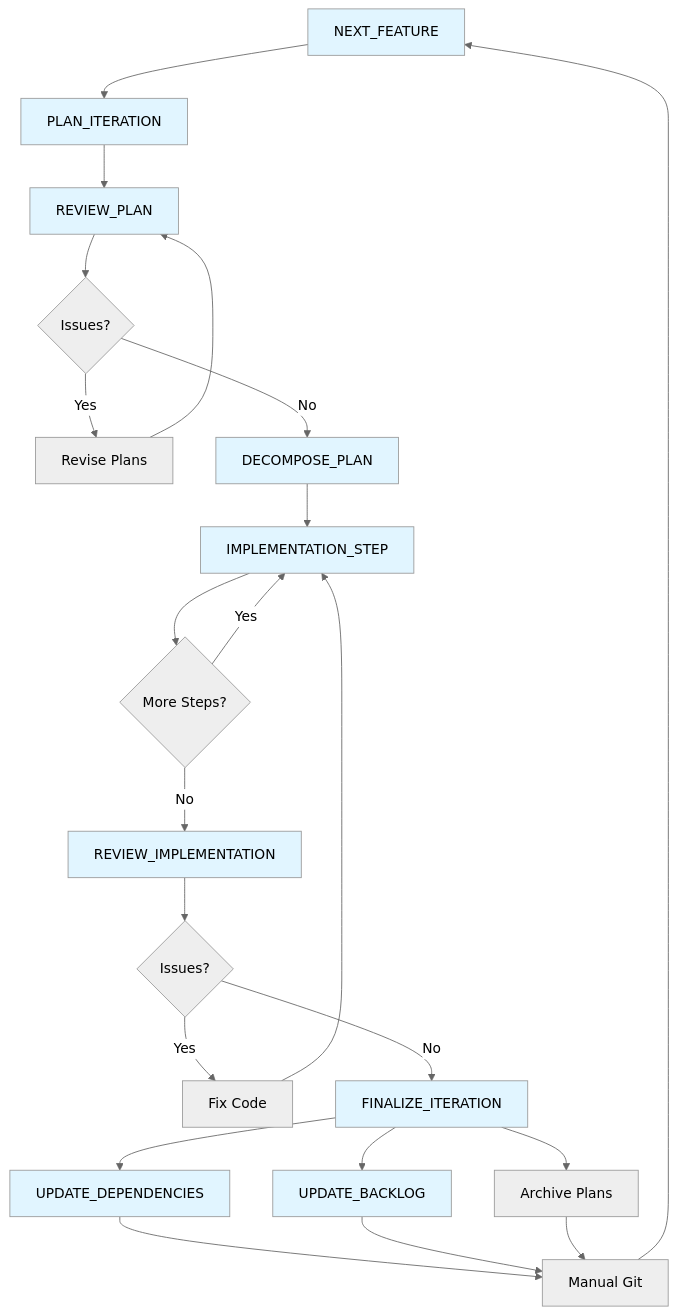
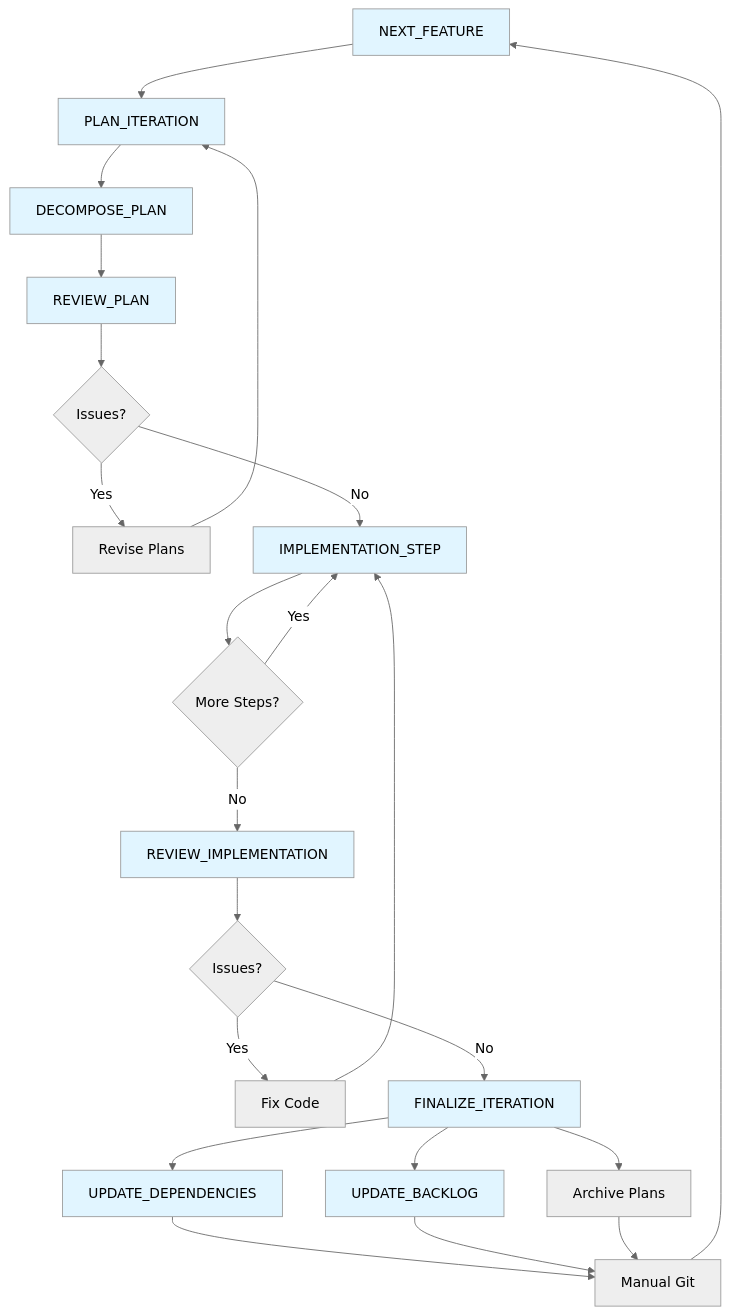
Before and after one commit to EvanLavender13/FrogLords: the diagram in TASKS/WORKFLOW.md, drawn with Mermaid (neutral theme). The commit also changed 5 other files, not shown here.

````diff
--- a/TASKS/WORKFLOW.md
+++ b/TASKS/WORKFLOW.md
@@ -5,34 +5,34 @@
 ```mermaid
 graph TD
     A[NEXT_FEATURE] --> B[PLAN_ITERATION]
-    B --> C[REVIEW_PLAN]
-    C --> D{Issues?}
-    D -->|Yes| E[Revise Plans]
-    E --> C
-    D -->|No| F[DECOMPOSE_PLAN]
-    F --> G[IMPLEMENTATION_STEP]
+    B --> C[DECOMPOSE_PLAN]
+    C --> D[REVIEW_PLAN]
+    D --> E{Issues?}
+    E -->|Yes| F[Revise Plans]
+    F --> B
+    E -->|No| G[IMPLEMENTATION_STEP]
     G --> H{More Steps?}
     H -->|Yes| G
     H -->|No| I[REVIEW_IMPLEMENTATION]
     I --> J{Issues?}
     J -->|Yes| K[Fix Code]
     K --> G
     J -->|No| L[FINALIZE_ITERATION]
     L --> M[UPDATE_DEPENDENCIES]
     L --> N[UPDATE_BACKLOG]
     L --> O[Archive Plans]
     M --> P[Manual Git]
     N --> P
     O --> P
     P --> A
     
     style A fill:#e1f5ff
     style B fill:#e1f5ff
     style C fill:#e1f5ff
-    style F fill:#e1f5ff
+    style D fill:#e1f5ff
     style G fill:#e1f5ff
     style I fill:#e1f5ff
     style L fill:#e1f5ff
     style M fill:#e1f5ff
     style N fill:#e1f5ff
 ```
````
